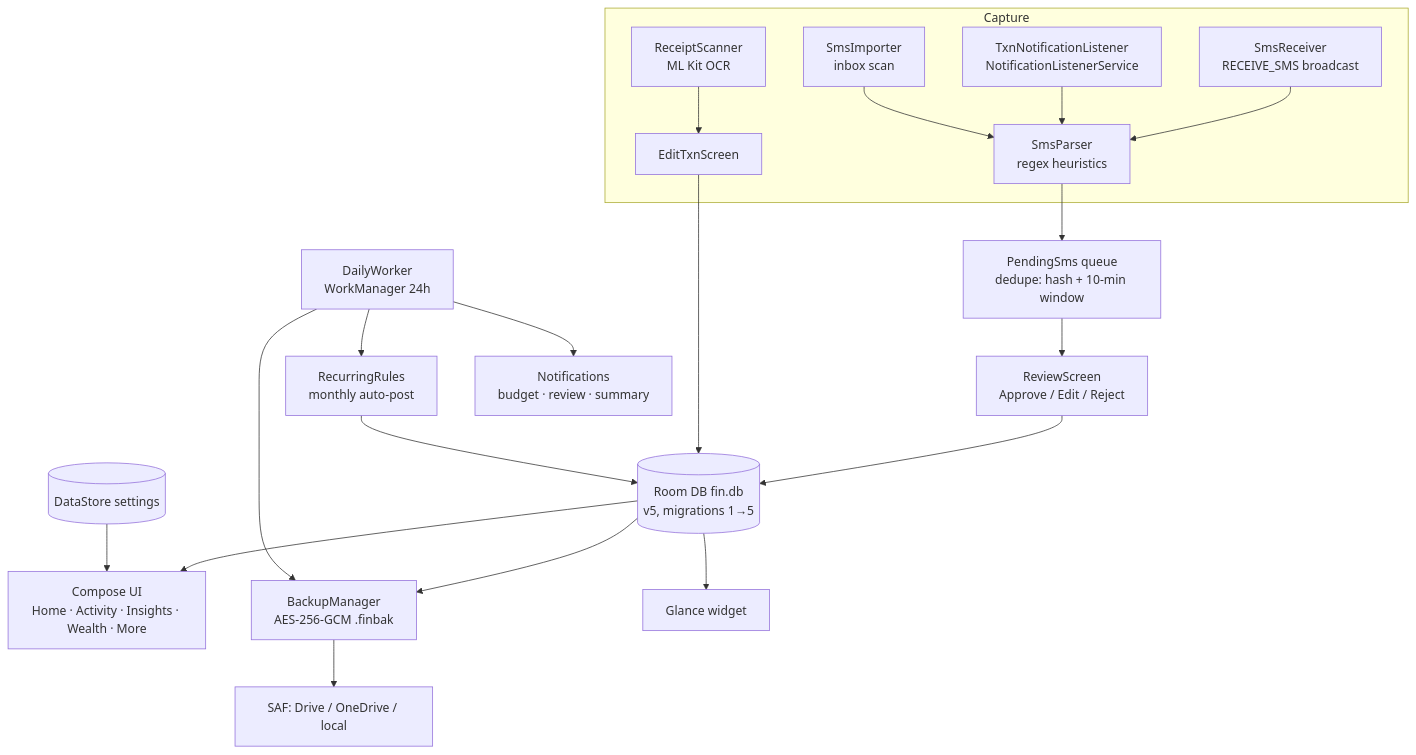
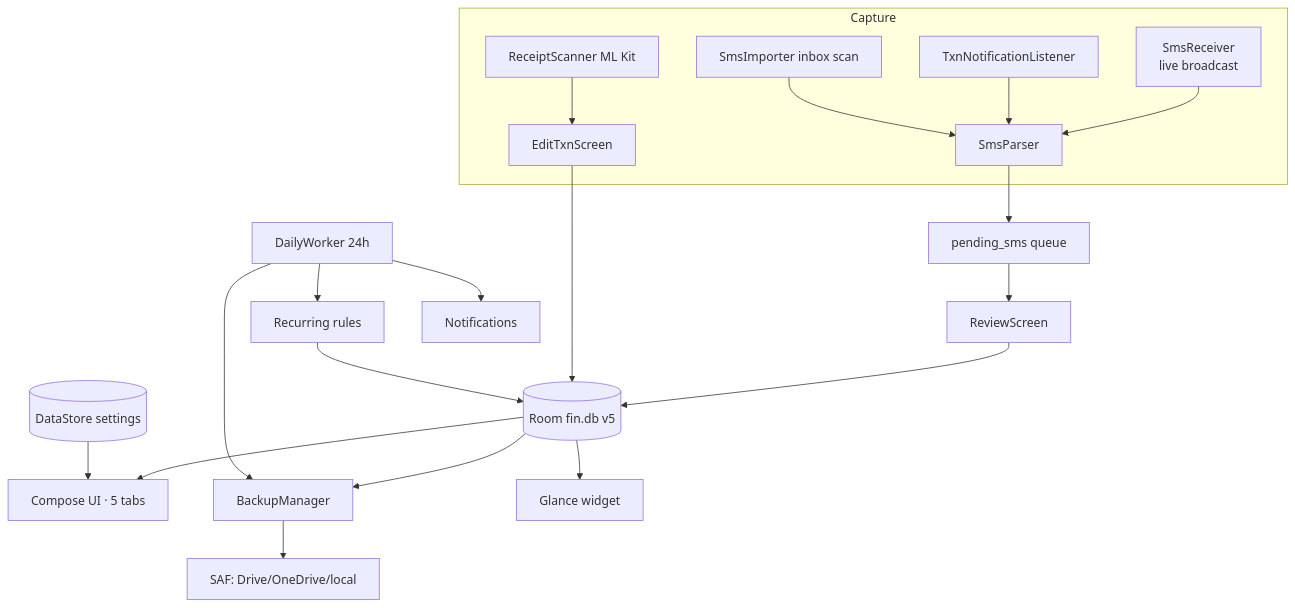
One commit to maheshwarineeraj/KoshApp changed the first of 3 diagrams in docs/DESIGN.md. Above: the diagram before and after it, drawn with Mermaid. The commit also changed other lines of this file, not shown here.

````diff
--- a/docs/DESIGN.md
+++ b/docs/DESIGN.md
@@ -17,22 +17,20 @@
 ```mermaid
 graph TD
     subgraph Capture
-        SMS[SmsReceiver<br/>RECEIVE_SMS broadcast] --> P[SmsParser<br/>regex heuristics]
-        NL[TxnNotificationListener<br/>NotificationListenerService] --> P
-        SCAN[SmsImporter<br/>inbox scan] --> P
-        OCR[ReceiptScanner<br/>ML Kit OCR] --> EDIT[EditTxnScreen]
+        SMS[SmsReceiver<br/>live broadcast] --> P[SmsParser]
+        NL[TxnNotificationListener] --> P
+        SCAN[SmsImporter inbox scan] --> P
+        OCR[ReceiptScanner ML Kit] --> EDIT[EditTxnScreen]
     end
-    P --> Q[PendingSms queue<br/>dedupe: hash + 10-min window]
-    Q --> REV[ReviewScreen<br/>Approve / Edit / Reject]
-    REV --> DB[(Room DB fin.db<br/>v5, migrations 1→5)]
+    P --> Q[pending_sms queue]
+    Q --> REV[ReviewScreen]
+    REV --> DB[(Room fin.db v5)]
     EDIT --> DB
-    REC[RecurringRules<br/>monthly auto-post] --> DB
-    DB --> UI[Compose UI<br/>Home · Activity · Insights · Wealth · More]
-    DB --> BK[BackupManager<br/>AES-256-GCM .finbak]
-    BK --> SAF[SAF: Drive / OneDrive / local]
-    DW[DailyWorker<br/>WorkManager 24h] --> REC
-    DW --> BK
-    DW --> N[Notifications<br/>budget · review · summary]
+    REC[Recurring rules] --> DB
+    DB --> UI[Compose UI · 5 tabs]
+    DB --> BK[BackupManager]
+    BK --> SAF[SAF: Drive/OneDrive/local]
+    DW[DailyWorker 24h] --> REC & BK & N[Notifications]
     ST[(DataStore settings)] --> UI
     DB --> W[Glance widget]
 ```
````
